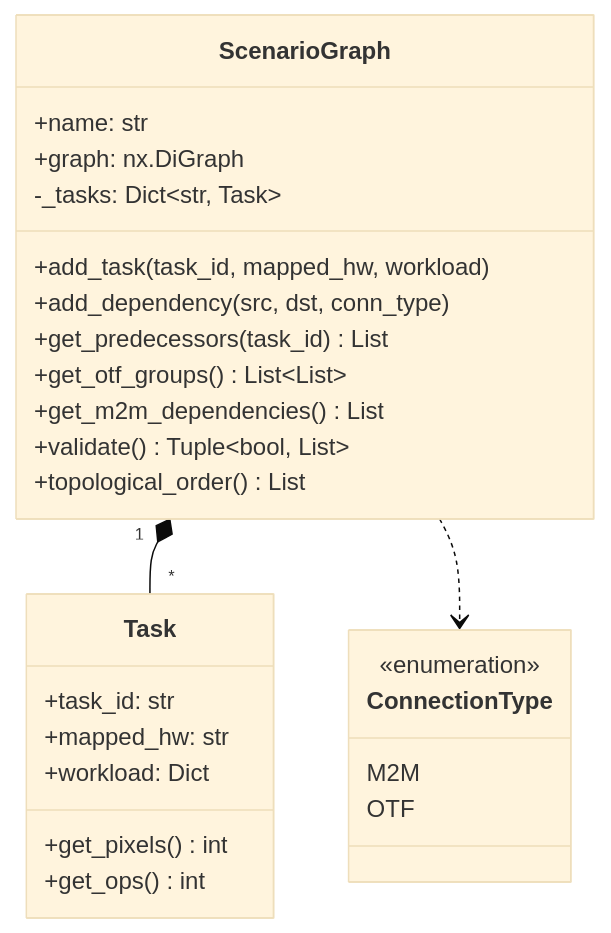
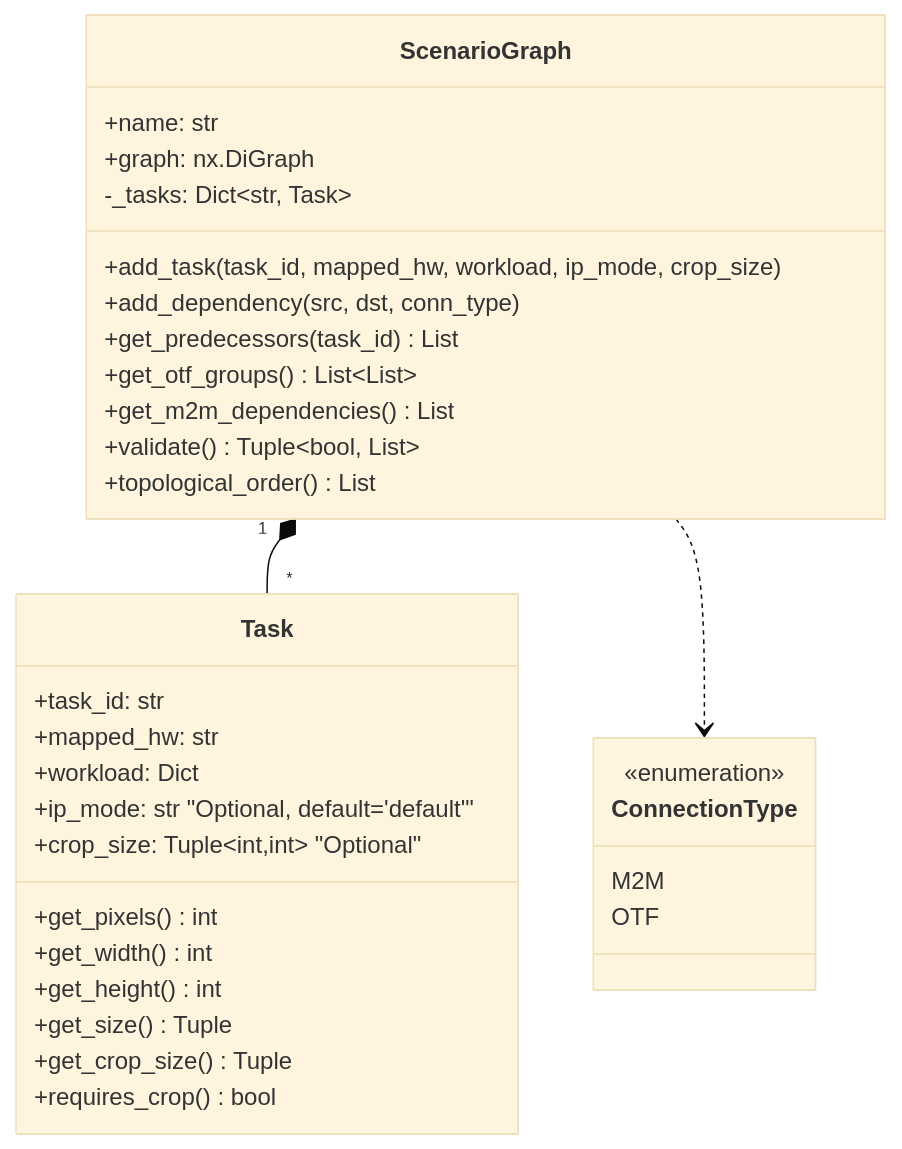
Before and after one commit to younghwan78/IP_Scenario_Simulator: the fifth of 9 diagrams in DESIGN.md, drawn with Mermaid (base theme). The commit also changed other lines of this file and 7 other files, not shown here.

First line of the commit message:
feat: Add ExternalNode, IP mode, crop size support

````diff
--- a/DESIGN.md
+++ b/DESIGN.md
@@ -245,32 +259,38 @@
 ```mermaid
 classDiagram
     class ScenarioGraph {
         +name: str
         +graph: nx.DiGraph
         -_tasks: Dict~str, Task~
-        +add_task(task_id, mapped_hw, workload)
+        +add_task(task_id, mapped_hw, workload, ip_mode, crop_size)
         +add_dependency(src, dst, conn_type)
         +get_predecessors(task_id) List
         +get_otf_groups() List~List~
         +get_m2m_dependencies() List
         +validate() Tuple~bool, List~
         +topological_order() List
     }
     
     class Task {
         +task_id: str
         +mapped_hw: str
         +workload: Dict
+        +ip_mode: str "Optional, default='default'"
+        +crop_size: Tuple~int,int~ "Optional"
         +get_pixels() int
-        +get_ops() int
+        +get_width() int
+        +get_height() int
+        +get_size() Tuple
+        +get_crop_size() Tuple
+        +requires_crop() bool
     }
     
     class ConnectionType {
         <<enumeration>>
         M2M
         OTF
     }
     
     ScenarioGraph "1" *-- "*" Task
     ScenarioGraph ..> ConnectionType
 ```
````
